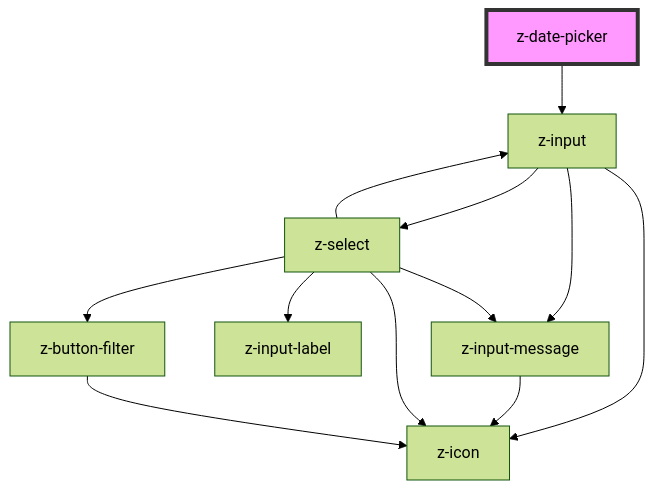
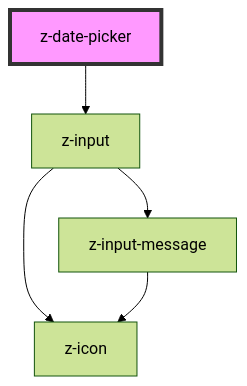
Before and after one commit to ZanichelliEditore/design-system: the diagram in src/components/z-date-picker/readme.md, drawn with Mermaid (forest theme). The commit also changed 9 other files, not shown here.

Commit message:
refactor: removed z-input type select

````diff
--- a/src/components/z-date-picker/readme.md
+++ b/src/components/z-date-picker/readme.md
@@ -30,15 +30,8 @@
 ```mermaid
 graph TD;
   z-date-picker --> z-input
   z-input --> z-icon
   z-input --> z-input-message
-  z-input --> z-select
   z-input-message --> z-icon
-  z-select --> z-input-label
-  z-select --> z-input
-  z-select --> z-button-filter
-  z-select --> z-icon
-  z-select --> z-input-message
-  z-button-filter --> z-icon
   style z-date-picker fill:#f9f,stroke:#333,stroke-width:4px
 ```
````
